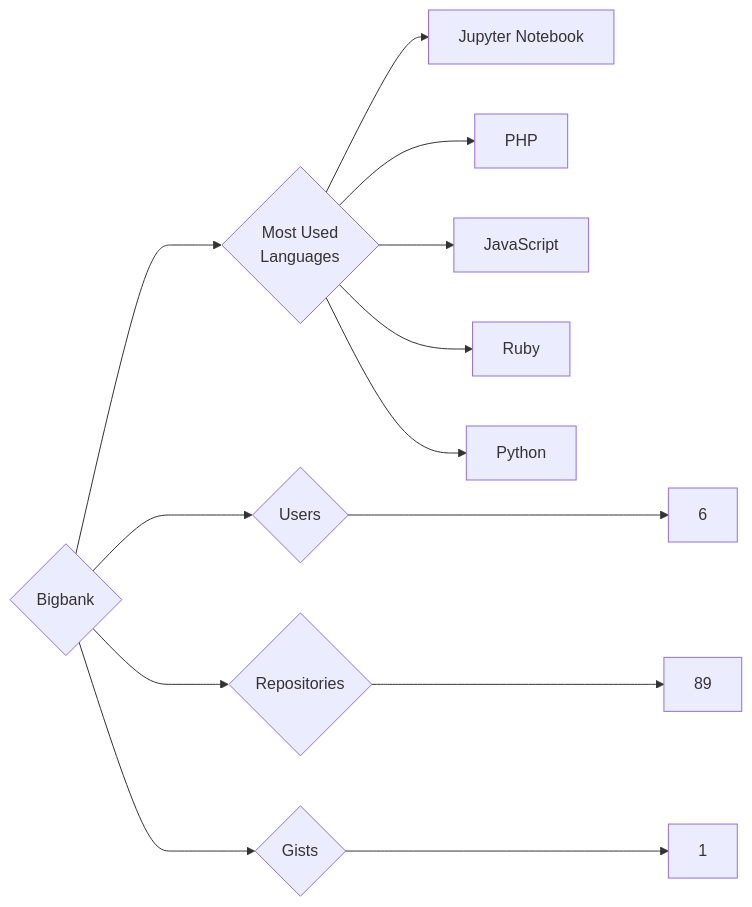
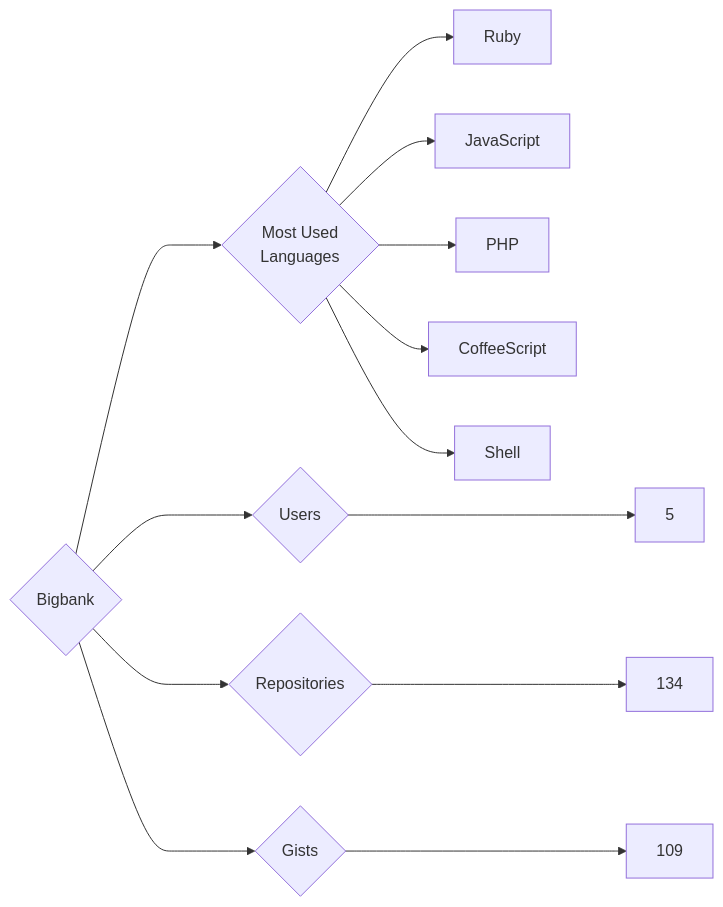
The diagram in targets/Bigbank/README.md (trickest/insiders), drawn with Mermaid before and after one commit. The commit also changed 914 other files, not shown here.

````diff
--- a/targets/Bigbank/README.md
+++ b/targets/Bigbank/README.md
@@ -3,13 +3,13 @@
 ```mermaid
 graph LR
 COMPANY_NAME{Bigbank}
-COMPANY_NAME ---> U{Users} ---> UN[6]
-COMPANY_NAME ---> R{Repositories} ---> RN[89]
-COMPANY_NAME ---> G{Gists} ---> GN[1]
+COMPANY_NAME ---> U{Users} ---> UN[5]
+COMPANY_NAME ---> R{Repositories} ---> RN[134]
+COMPANY_NAME ---> G{Gists} ---> GN[109]
 COMPANY_NAME ---> ML{Most Used<br>Languages}
-ML --> Jupyter_Notebook[Jupyter Notebook]
+ML --> Ruby[Ruby]
+ML --> JavaScript[JavaScript]
 ML --> PHP[PHP]
-ML --> JavaScript[JavaScript]
-ML --> Ruby[Ruby]
-ML --> Python[Python]
+ML --> CoffeeScript[CoffeeScript]
+ML --> Shell[Shell]
 ```
````
